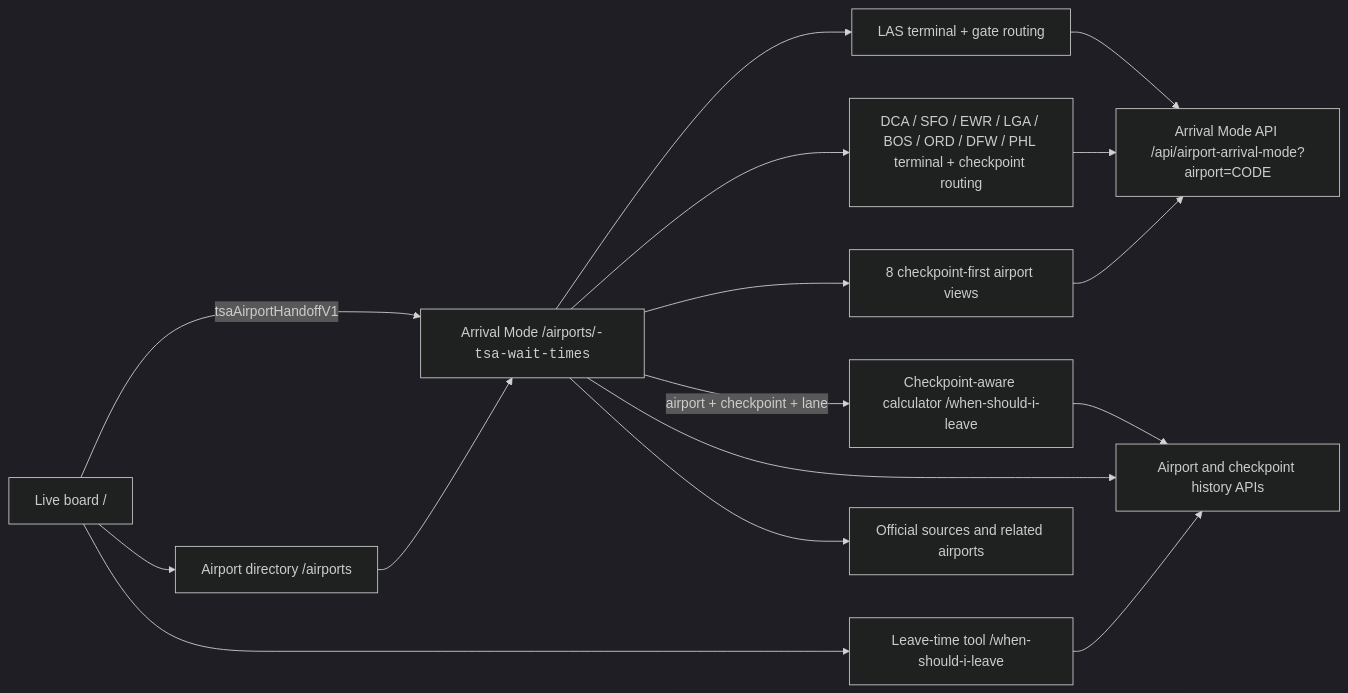
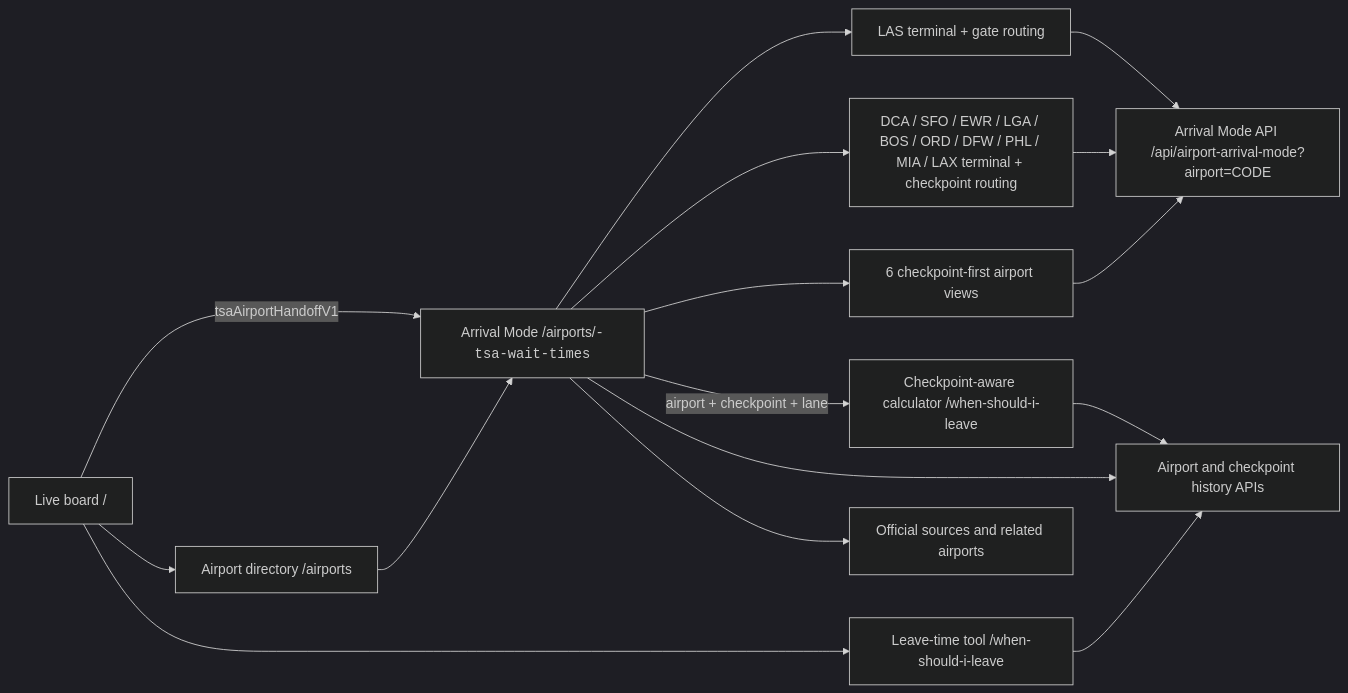
The diagram in docs/wayfinding-atlas-redesign.md (benbirkhahn/Tsatracker.com), drawn with Mermaid (dark theme) before and after one commit. The commit also changed other lines of this file and 6 other files, not shown here.

Commit message:
Add MIA and LAX terminal arrival maps

````diff
--- a/docs/wayfinding-atlas-redesign.md
+++ b/docs/wayfinding-atlas-redesign.md
@@ -50,18 +50,18 @@
 ```mermaid
 flowchart LR
   Home["Live board /"] -->|"tsaAirportHandoffV1"| Arrival["Arrival Mode /airports/<code>-tsa-wait-times"]
   Home --> Directory["Airport directory /airports"]
   Home --> Calculator["Leave-time tool /when-should-i-leave"]
   Directory --> Arrival
   Arrival --> LAS["LAS terminal + gate routing"]
-  Arrival --> TerminalCheckpoint["DCA / SFO / EWR / LGA / BOS / ORD / DFW / PHL terminal + checkpoint routing"]
-  Arrival --> Generic["8 checkpoint-first airport views"]
+  Arrival --> TerminalCheckpoint["DCA / SFO / EWR / LGA / BOS / ORD / DFW / PHL / MIA / LAX terminal + checkpoint routing"]
+  Arrival --> Generic["6 checkpoint-first airport views"]
   LAS --> ArrivalAPI["Arrival Mode API /api/airport-arrival-mode?airport=CODE"]
   TerminalCheckpoint --> ArrivalAPI
   Generic --> ArrivalAPI
   Arrival -->|"airport + checkpoint + lane"| CheckpointCalculator["Checkpoint-aware calculator /when-should-i-leave"]
   CheckpointCalculator --> History["Airport and checkpoint history APIs"]
   Arrival --> History
   Calculator --> History
   Arrival --> Guides["Official sources and related airports"]
 ```
````
